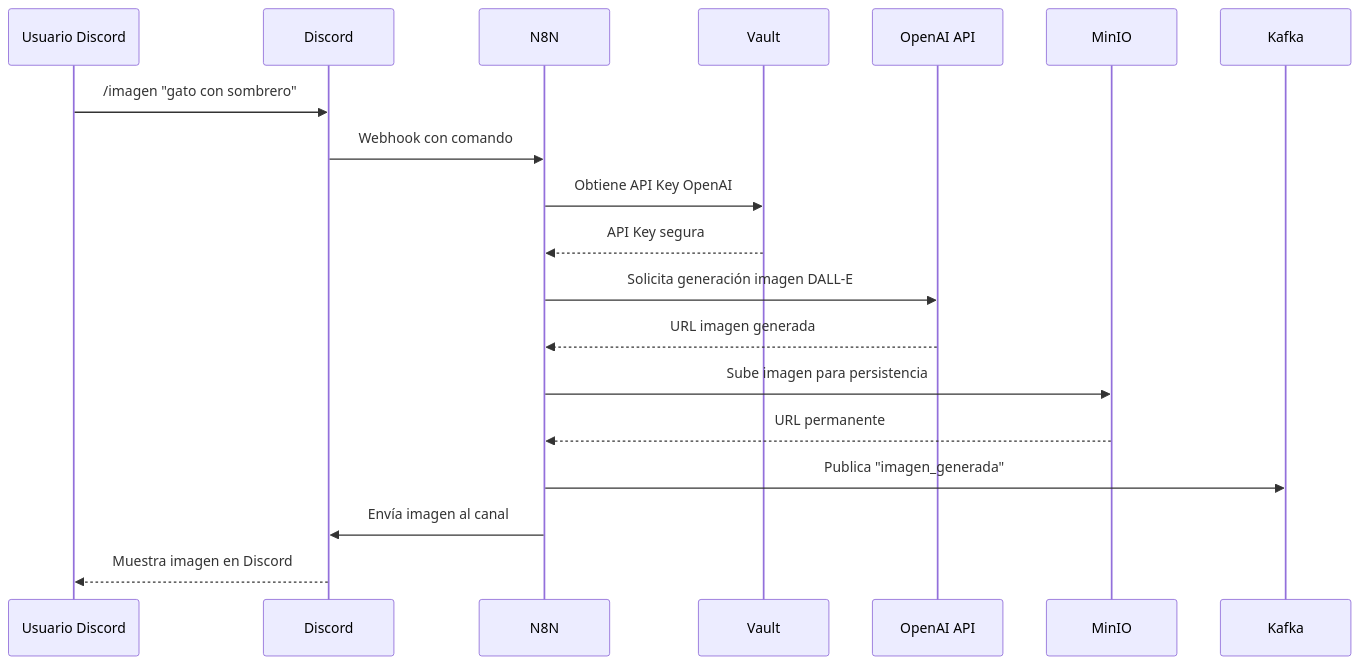
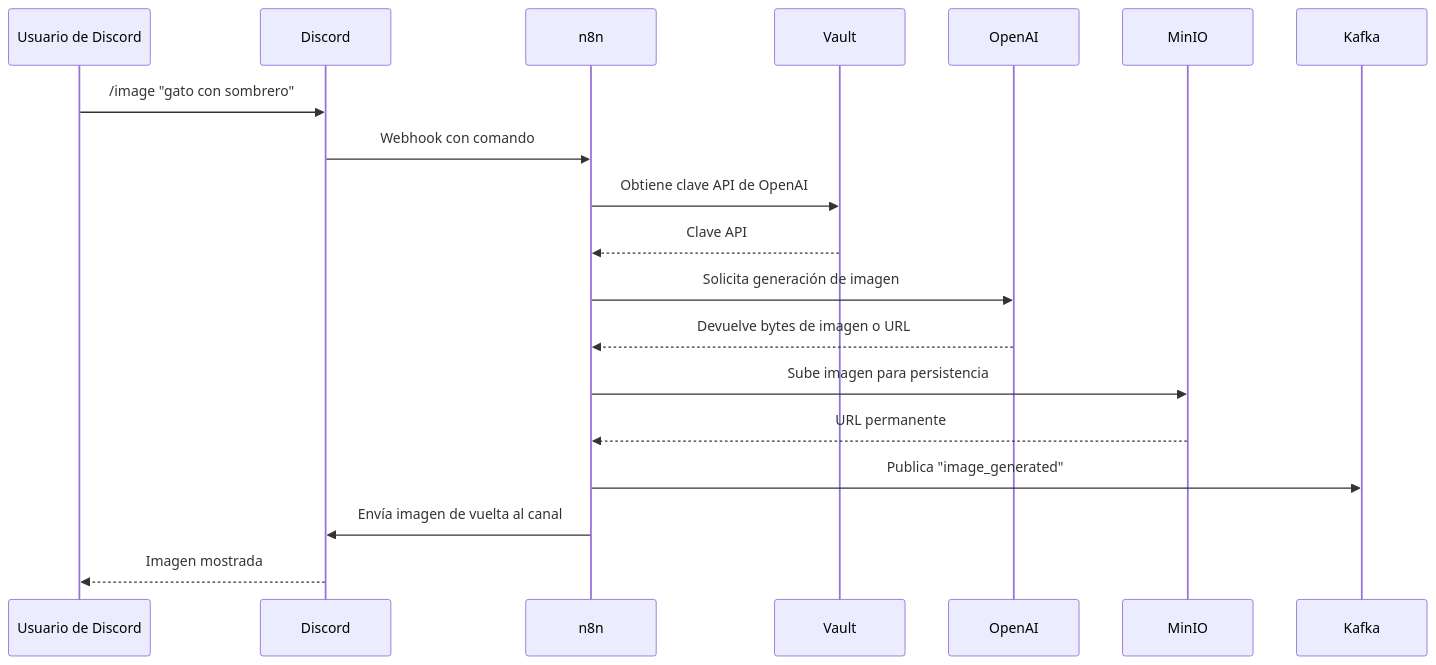
One commit to Santiago1010/dev-container changed the fourth of 4 diagrams in README.es.md. Above: the diagram before and after it, drawn with Mermaid. The commit also changed other lines of this file and 3 other files, not shown here.

````diff
--- a/README.es.md
+++ b/README.es.md
@@ -271,22 +295,22 @@
 ```mermaid
 sequenceDiagram
-    participant U as Usuario Discord
+    participant U as Usuario de Discord
     participant D as Discord
-    participant N as N8N
+    participant N as n8n
     participant V as Vault
-    participant O as OpenAI API
+    participant O as OpenAI
     participant M as MinIO
     participant Ka as Kafka
 
-    U->>D: /imagen "gato con sombrero"
+    U->>D: /image "gato con sombrero"
     D->>N: Webhook con comando
-    N->>V: Obtiene API Key OpenAI
-    V-->>N: API Key segura
-    N->>O: Solicita generación imagen DALL-E
-    O-->>N: URL imagen generada
+    N->>V: Obtiene clave API de OpenAI
+    V-->>N: Clave API
+    N->>O: Solicita generación de imagen
+    O-->>N: Devuelve bytes de imagen o URL
     N->>M: Sube imagen para persistencia
     M-->>N: URL permanente
-    N->>Ka: Publica "imagen_generada"
-    N->>D: Envía imagen al canal
-    D-->>U: Muestra imagen en Discord
+    N->>Ka: Publica "image_generated"
+    N->>D: Envía imagen de vuelta al canal
+    D-->>U: Imagen mostrada
 ```
````
